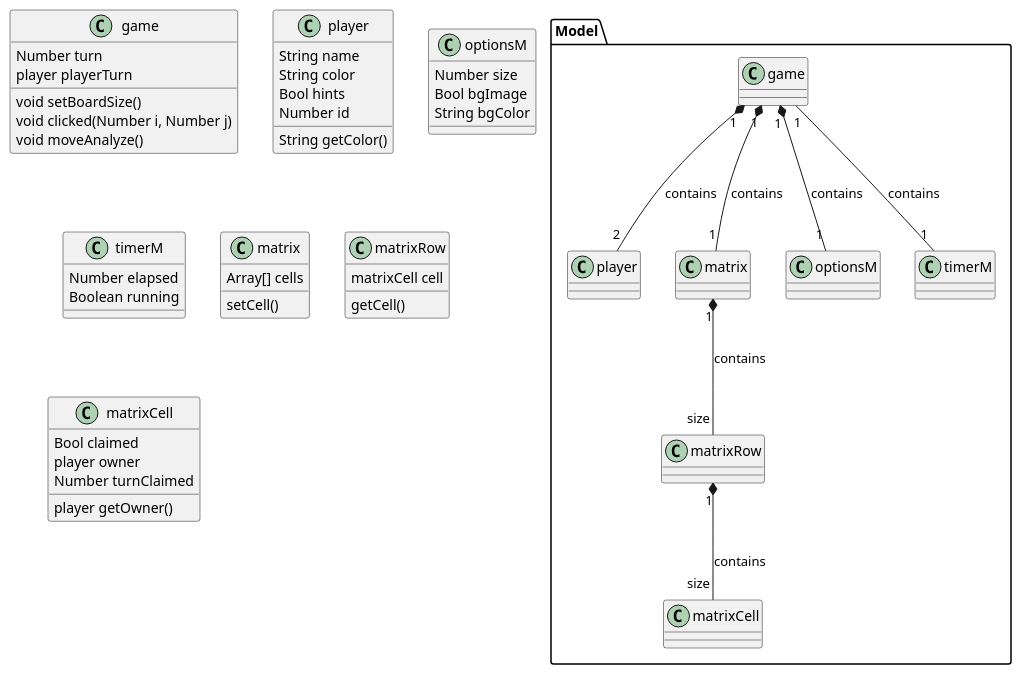
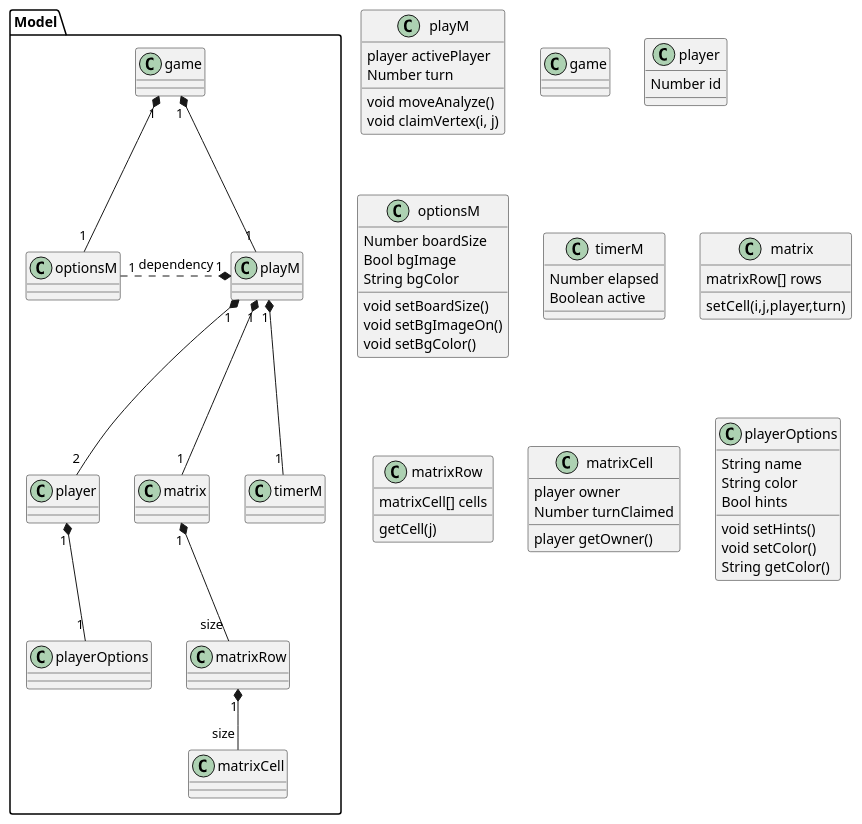
Before and after one commit to nugentmichael1/gomoku: the diagram in UMLDiagrams/Class/GameModel.plantuml, drawn with PlantUML. The commit also changed 10 other files, not shown here.

Commit message:
Class interactions reorg progress See uml diagram

```diff
--- a/UMLDiagrams/Class/GameModel.plantuml
+++ b/UMLDiagrams/Class/GameModel.plantuml
@@ -1,63 +1,73 @@
 @startuml Game Model
 
 
 package "Model"{
-    game "1" *-- "2" player: contains
-    game "1" *-- "1" matrix: contains
-    game "1" *-- "1" optionsM : contains
-    matrix "1" *-- "size" matrixRow: contains
-    matrixRow "1" *-- "size" matrixCell: contains
+    playM "1" *-- "2" player
+    playM "1" *-- "1" matrix
+    game "1" *-- "1" optionsM
+    matrix "1" *-- "size" matrixRow
+    matrixRow "1" *-- "size" matrixCell
     ' matrix "1" - "1" board:contains
     ' board "1" *-- "size" boardRow: contains
     ' boardRow "1" *-- "size" boardCell: contains
     ' matrixCell <. boardCell: Dependency
-    game "1" -- "1" timerM: contains
+    game "1" *-- "1" playM
+    playM "1" *-- "1" timerM
+    player "1" *-- "1" playerOptions
+    optionsM "1" .* "1" playM: dependency
+}
+
+class playM{
+    void moveAnalyze()
+    player activePlayer
+    void claimVertex(i, j)
+    Number turn
 }
 
 class game {
-    Number turn
-    player playerTurn
-    void setBoardSize()
-    void clicked(Number i, Number j)
-    void moveAnalyze()
 }
 
 class player{
-    String name
-    String color
-    Bool hints
     Number id
-    String getColor()
 }
 
 class optionsM{
-    Number size
+    Number boardSize
     Bool bgImage
     String bgColor
+    void setBoardSize()
+    void setBgImageOn()
+    void setBgColor()
 }
 
 class timerM{
     Number elapsed
-    Boolean running
+    Boolean active
 }
 
 class matrix{
-    Array[] cells
-    setCell()
+    matrixRow[] rows
+    setCell(i,j,player,turn)
 }
 
 class matrixRow{
-    matrixCell cell
-    getCell()
+    matrixCell[] cells
+    getCell(j)
 }
 
 class matrixCell{
-    Bool claimed
     player owner
     Number turnClaimed
     player getOwner()
 }
 
-
+class playerOptions{
+    String name
+    String color
+    Bool hints
+    void setHints()
+    void setColor()
+    String getColor()
+}
 
 @enduml
```
